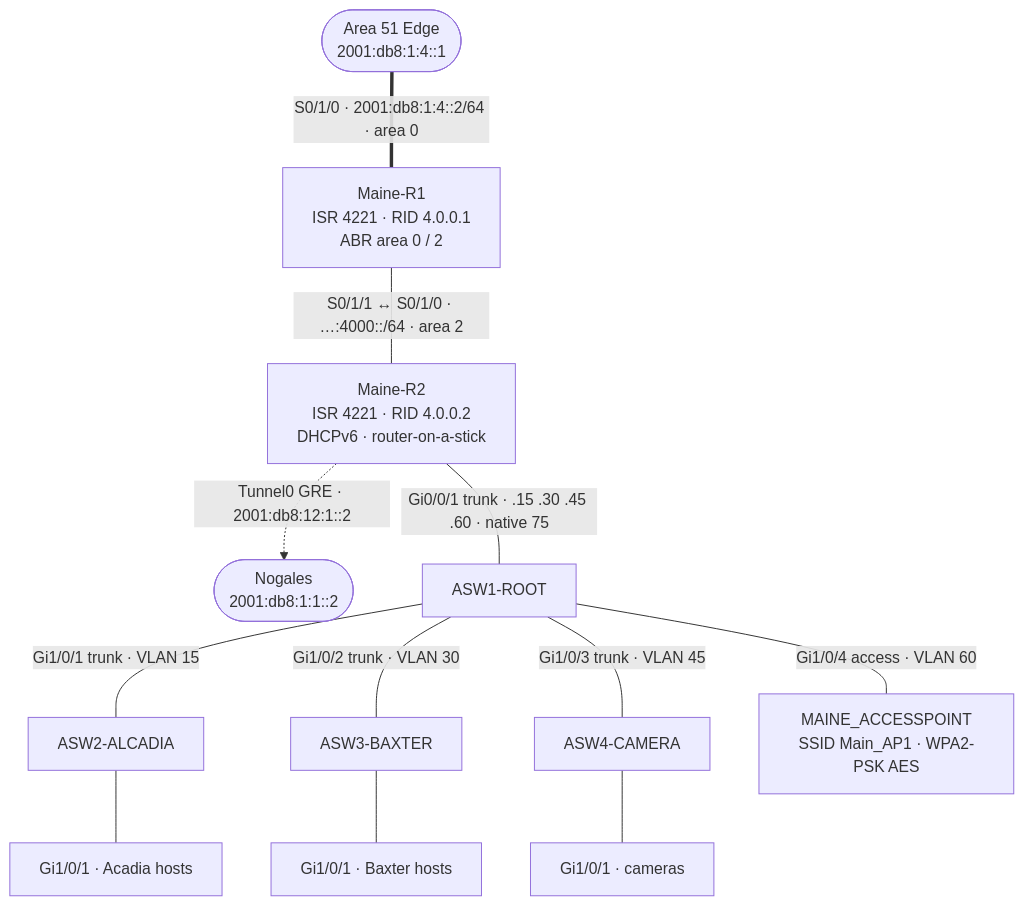
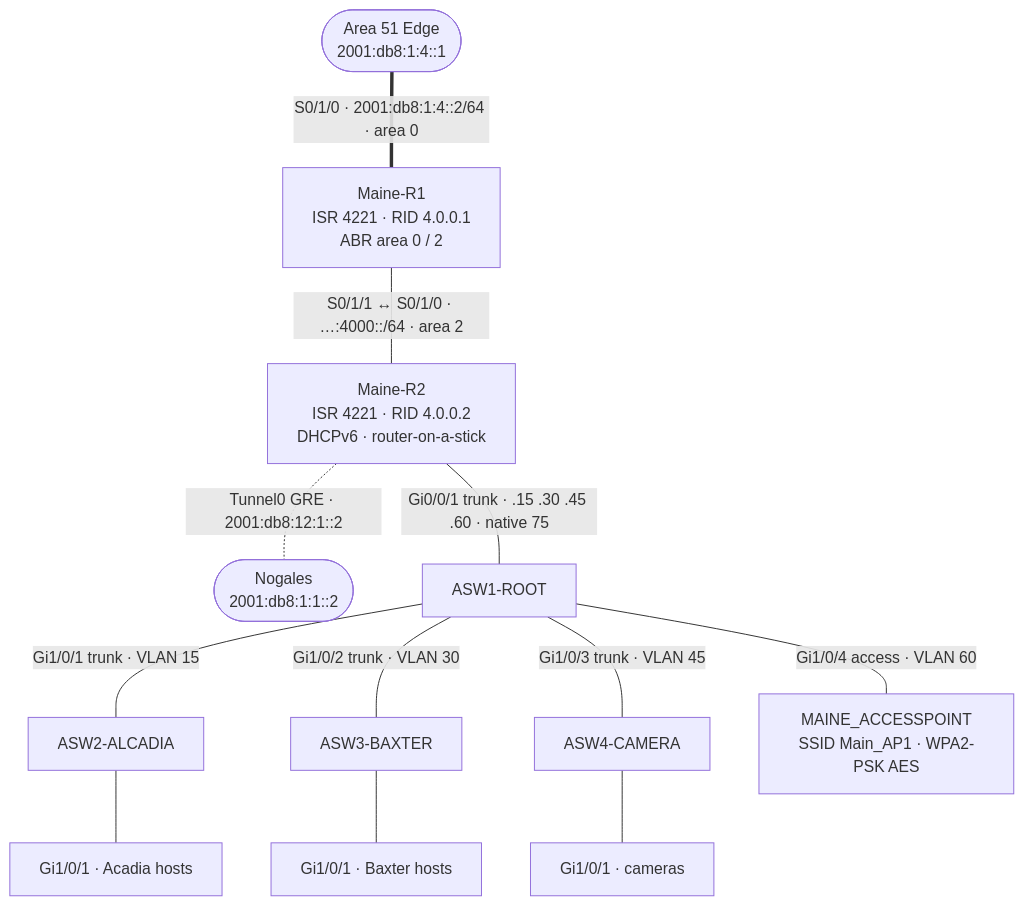
The diagram in project-meridian/sites/maine/README.md (dhynh279/encor-labs), drawn with Mermaid before and after one commit. The commit also changed 26 other files, not shown here.

First line of the commit message:
Make all topology links undirected; add pinned diagram renderer

````diff
--- a/project-meridian/sites/maine/README.md
+++ b/project-meridian/sites/maine/README.md
@@ -7,24 +7,24 @@
 ```mermaid
 flowchart TB
     A51(["Area 51 Edge<br/>2001:db8:1:4::1"])
     NOG(["Nogales<br/>2001:db8:1:1::2"])
     R1["Maine-R1<br/>ISR 4221 · RID 4.0.0.1<br/>ABR area 0 / 2"]
     R2["Maine-R2<br/>ISR 4221 · RID 4.0.0.2<br/>DHCPv6 · router-on-a-stick"]
     ROOT["ASW1-ROOT"]
     ACA["ASW2-ALCADIA"]
     BAX["ASW3-BAXTER"]
     CAM["ASW4-CAMERA"]
     AP["MAINE_ACCESSPOINT<br/>SSID Main_AP1 · WPA2-PSK AES"]
 
     A51 ===|"S0/1/0 · 2001:db8:1:4::2/64 · area 0"| R1
     R1 ---|"S0/1/1 ↔ S0/1/0 · …:4000::/64 · area 2"| R2
-    R2 -.->|"Tunnel0 GRE · 2001:db8:12:1::2"| NOG
+    R2 -.- |"Tunnel0 GRE · 2001:db8:12:1::2"| NOG
     R2 ---|"Gi0/0/1 trunk · .15 .30 .45 .60 · native 75"| ROOT
     ROOT ---|"Gi1/0/1 trunk · VLAN 15"| ACA
     ROOT ---|"Gi1/0/2 trunk · VLAN 30"| BAX
     ROOT ---|"Gi1/0/3 trunk · VLAN 45"| CAM
     ROOT ---|"Gi1/0/4 access · VLAN 60"| AP
     ACA --- HA["Gi1/0/1 · Acadia hosts"]
     BAX --- HB["Gi1/0/1 · Baxter hosts"]
     CAM --- HC["Gi1/0/1 · cameras"]
 ```
````
